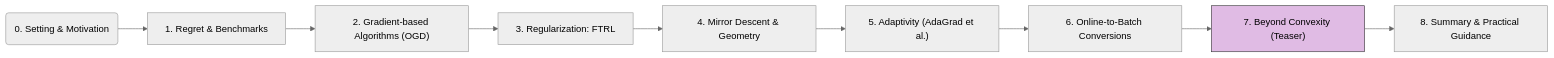
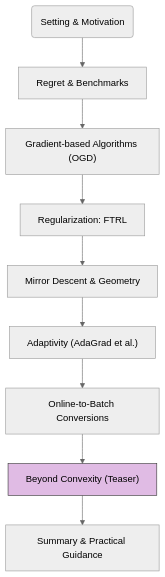
One commit to JiHa-Kim/jiha-kim.github.io changed the diagram in collections/_crash-courses/online-learning/7-beyond-convexity.md. Above: the diagram before and after it, drawn with Mermaid (neutral theme). The commit also changed 13 other files, not shown here.

````diff
--- a/collections/_crash-courses/online-learning/7-beyond-convexity.md
+++ b/collections/_crash-courses/online-learning/7-beyond-convexity.md
@@ -150,13 +150,13 @@
 ```mermaid
-flowchart LR
-    C0("0. Setting & Motivation") --> C1["1. Regret & Benchmarks"]
-    C1 --> C2["2. Gradient-based Algorithms (OGD)"]
-    C2 --> C3["3. Regularization: FTRL"]
-    C3 --> C4["4. Mirror Descent & Geometry"]
-    C4 --> C5["5. Adaptivity (AdaGrad et al.)"]
-    C5 --> C6["6. Online-to-Batch Conversions"]
-    C6 --> C7["7. Beyond Convexity (Teaser)"]
-    C7 --> C8["8. Summary & Practical Guidance"]
+flowchart TD
+    C0("Setting & Motivation") --> C1["Regret & Benchmarks"]
+    C1 --> C2["Gradient-based Algorithms (OGD)"]
+    C2 --> C3["Regularization: FTRL"]
+    C3 --> C4["Mirror Descent & Geometry"]
+    C4 --> C5["Adaptivity (AdaGrad et al.)"]
+    C5 --> C6["Online-to-Batch Conversions"]
+    C6 --> C7["Beyond Convexity (Teaser)"]
+    C7 --> C8["Summary & Practical Guidance"]
 
-    style C7 fill:#E0BBE4,stroke:#333,stroke-width:2px % Highlight current module
+    style C7 fill:#E0BBE4,color:#000,stroke:#333,stroke-width:2px % Highlight current module
 ```
````
